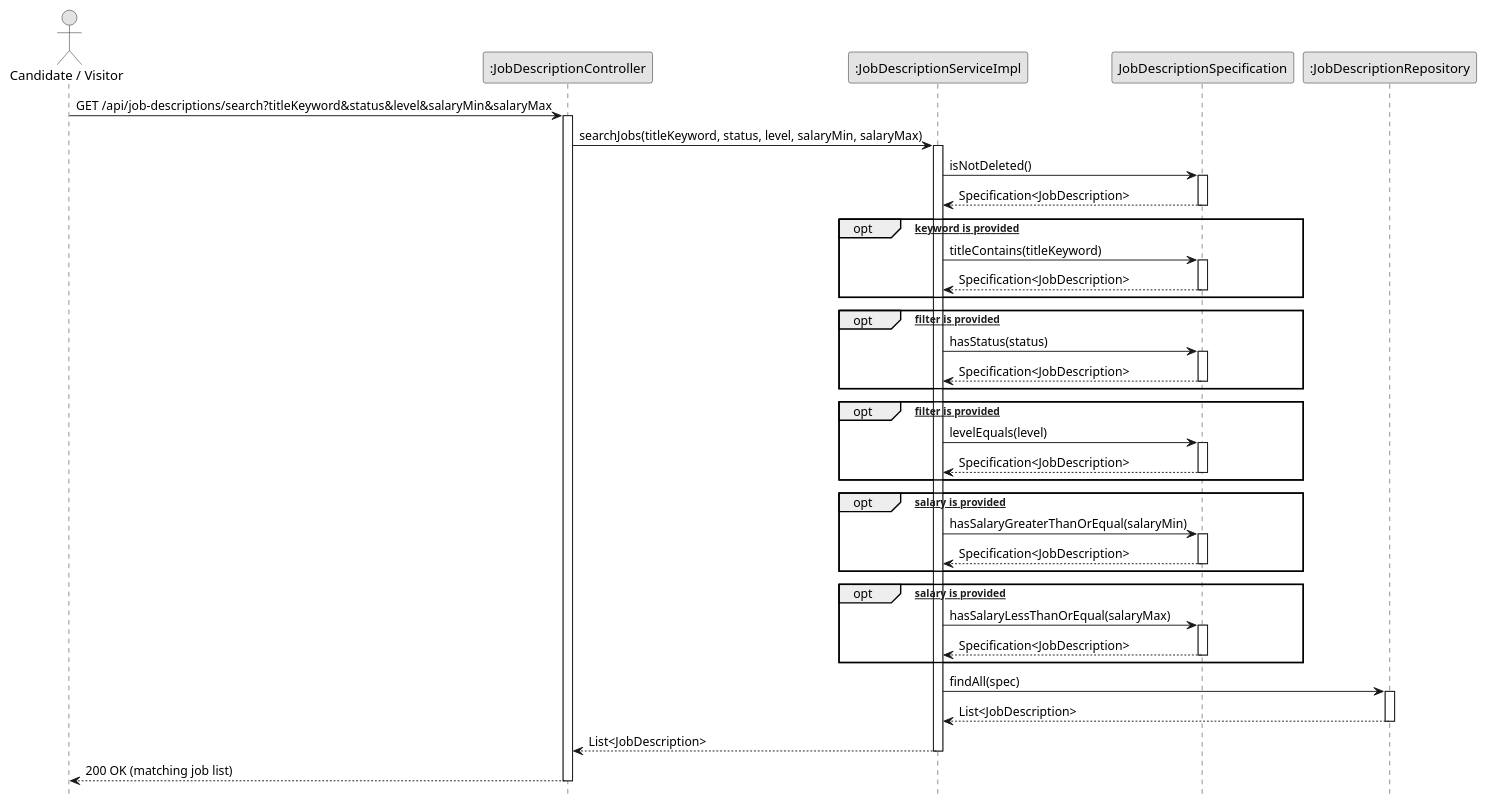
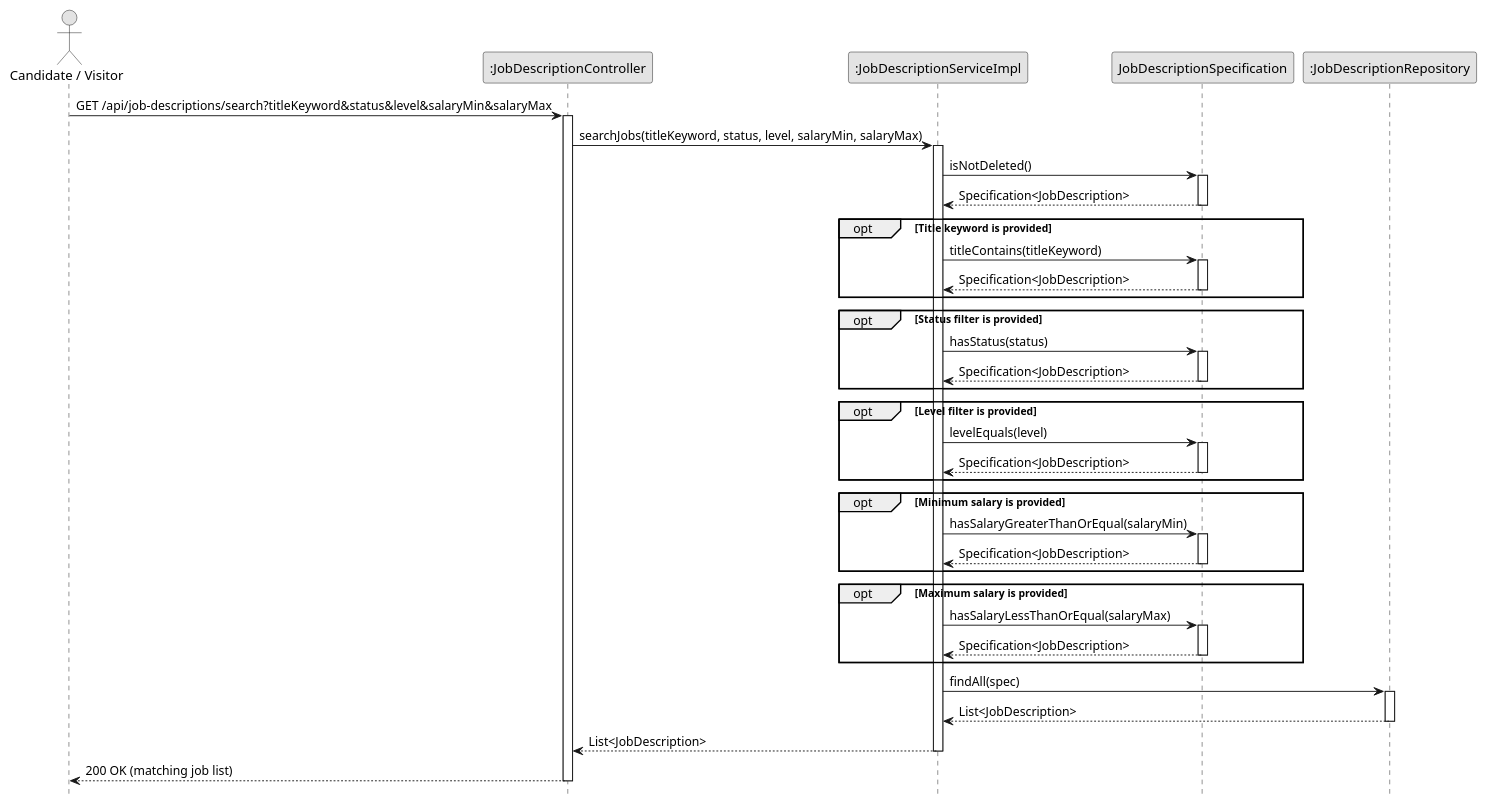
Before and after one commit to Kdz198/Inblue: the diagram in diagram/sequence-3.3.2.1.puml, drawn with PlantUML. The commit also changed 25 other files, not shown here.

```diff
--- a/diagram/sequence-3.3.2.1.puml
+++ b/diagram/sequence-3.3.2.1.puml
@@ -1,59 +1,59 @@
 @startuml SearchFilterJobDescriptionsByLevel
 skinparam monochrome true
 skinparam shadowing false
 
 ' Do not repeat participant boxes at the bottom of the diagram
 hide footbox
 
 <style>
 sequenceDiagram {
   groupHeader {
     FontStyle plain
   }
 }
 </style>
 
 actor "Candidate / Visitor" as Candidate
 participant ":JobDescriptionController" as Controller
 participant ":JobDescriptionServiceImpl" as Service
 participant "JobDescriptionSpecification" as Spec
 participant ":JobDescriptionRepository" as Repo
 
 Candidate -> Controller ++ : GET /api/job-descriptions/search?titleKeyword&status&level&salaryMin&salaryMax
 Controller -> Service ++ : searchJobs(titleKeyword, status, level, salaryMin, salaryMax)
 
 Service -> Spec ++ : isNotDeleted()
 Spec --> Service -- : Specification<JobDescription>
 
-opt [Title keyword is provided]
+opt Title keyword is provided
     Service -> Spec ++ : titleContains(titleKeyword)
     Spec --> Service -- : Specification<JobDescription>
 end
 
-opt [Status filter is provided]
+opt Status filter is provided
     Service -> Spec ++ : hasStatus(status)
     Spec --> Service -- : Specification<JobDescription>
 end
 
-opt [Level filter is provided]
+opt Level filter is provided
     Service -> Spec ++ : levelEquals(level)
     Spec --> Service -- : Specification<JobDescription>
 end
 
-opt [Minimum salary is provided]
+opt Minimum salary is provided
     Service -> Spec ++ : hasSalaryGreaterThanOrEqual(salaryMin)
     Spec --> Service -- : Specification<JobDescription>
 end
 
-opt [Maximum salary is provided]
+opt Maximum salary is provided
     Service -> Spec ++ : hasSalaryLessThanOrEqual(salaryMax)
     Spec --> Service -- : Specification<JobDescription>
 end
 
 Service -> Repo ++ : findAll(spec)
 Repo --> Service -- : List<JobDescription>
 
 Service --> Controller -- : List<JobDescription>
 Controller --> Candidate -- : 200 OK (matching job list)
 
 @enduml
```
